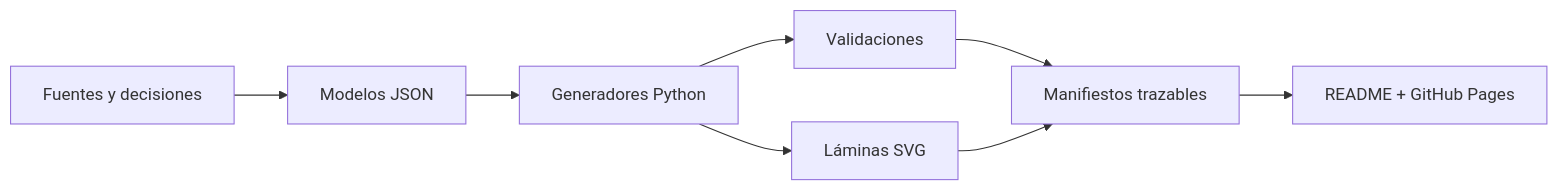
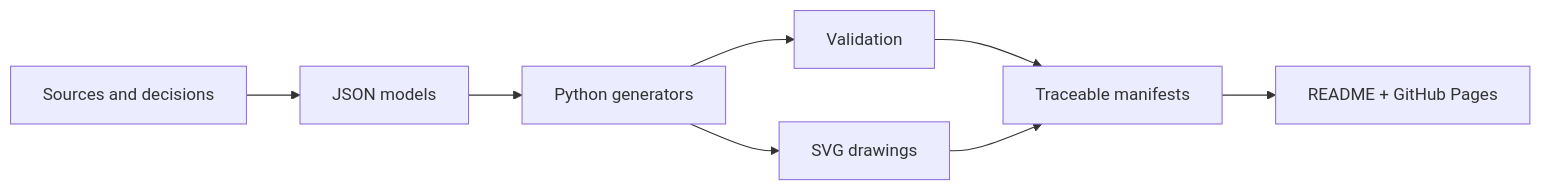
The diagram in README.md (bultodepapas/DremHouse), drawn with Mermaid before and after one commit. The commit also changed other lines of this file and 28 other files, not shown here.

````diff
--- a/README.md
+++ b/README.md
@@ -123,10 +123,10 @@
 ```mermaid
 flowchart LR
-    A[Fuentes y decisiones] --> B[Modelos JSON]
-    B --> C[Generadores Python]
-    C --> D[Validaciones]
-    C --> E[Láminas SVG]
-    D --> F[Manifiestos trazables]
+    A[Sources and decisions] --> B[JSON models]
+    B --> C[Python generators]
+    C --> D[Validation]
+    C --> E[SVG drawings]
+    D --> F[Traceable manifests]
     E --> F
     F --> G[README + GitHub Pages]
 ```
````
